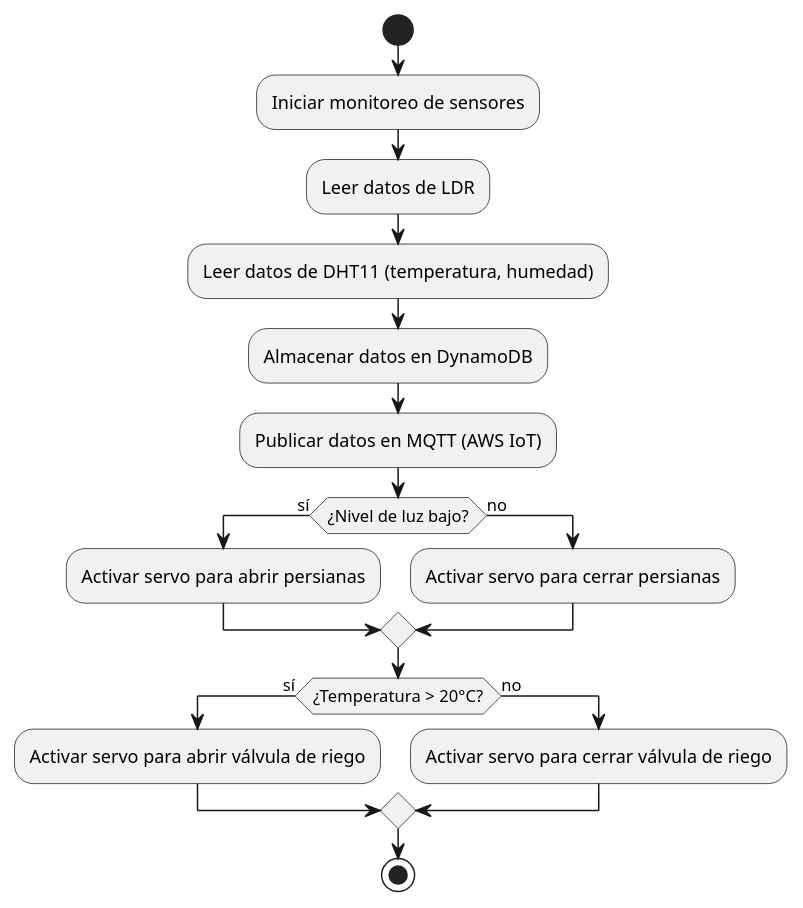
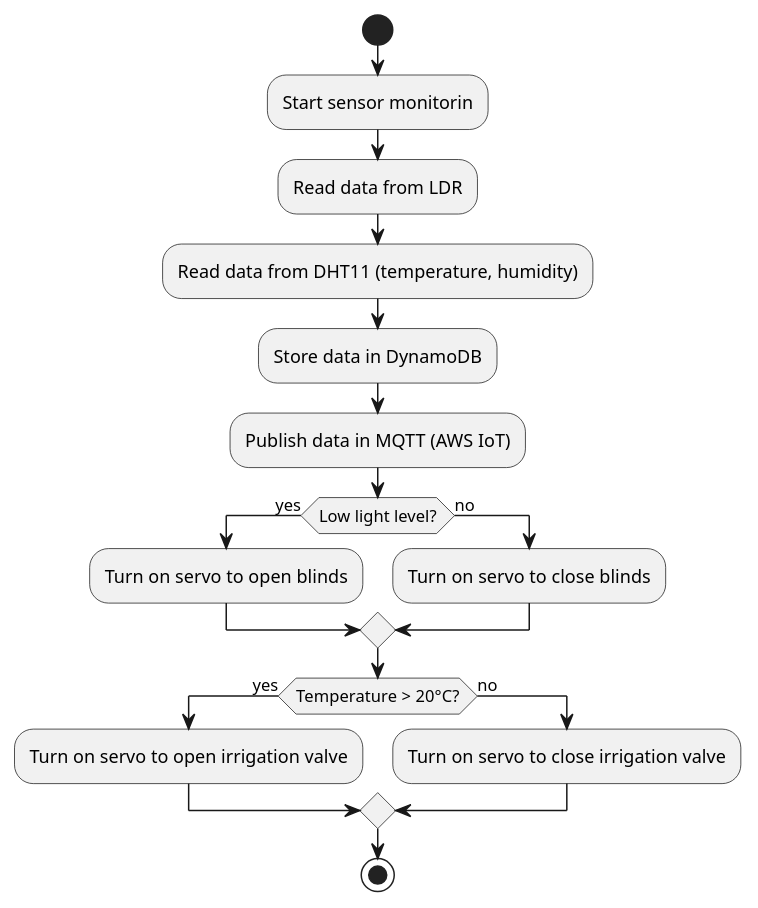
Before and after one commit to Focus0Wizard/greenhouse_project: the diagram in diagrams/flow.puml, drawn with PlantUML. The commit also changed 1 other file, not shown here.

```diff
--- a/diagrams/flow.puml
+++ b/diagrams/flow.puml
@@ -1,19 +1,19 @@
 @startuml
 start
-:Iniciar monitoreo de sensores;
-:Leer datos de LDR;
-:Leer datos de DHT11 (temperatura, humedad);
-:Almacenar datos en DynamoDB;
-:Publicar datos en MQTT (AWS IoT);
-if (¿Nivel de luz bajo?) then (sí)
-  :Activar servo para abrir persianas;
+:Start sensor monitorin;
+:Read data from LDR;
+:Read data from DHT11 (temperature, humidity);
+:Store data in DynamoDB;
+:Publish data in MQTT (AWS IoT);
+if (Low light level?) then (yes)
+  :Turn on servo to open blinds;
 else (no)
-  :Activar servo para cerrar persianas;
+  :Turn on servo to close blinds;
 endif
-if (¿Temperatura > 20°C?) then (sí)
-  :Activar servo para abrir válvula de riego;
+if (Temperature > 20°C?) then (yes)
+  :Turn on servo to open irrigation valve;
 else (no)
-  :Activar servo para cerrar válvula de riego;
+  :Turn on servo to close irrigation valve;
 endif
 stop
 @enduml
```
